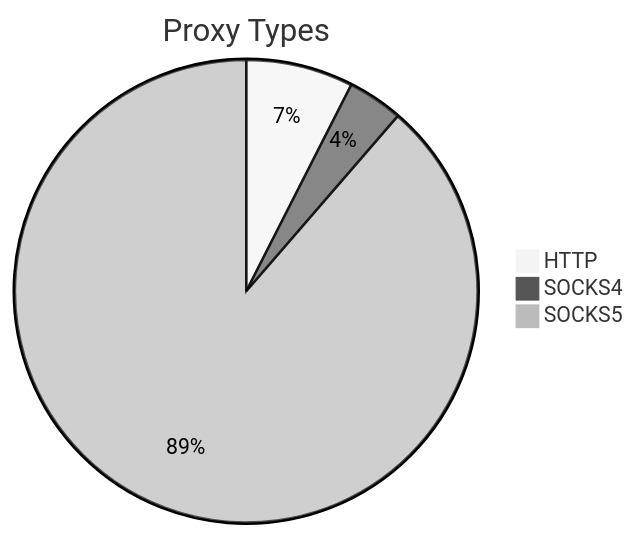
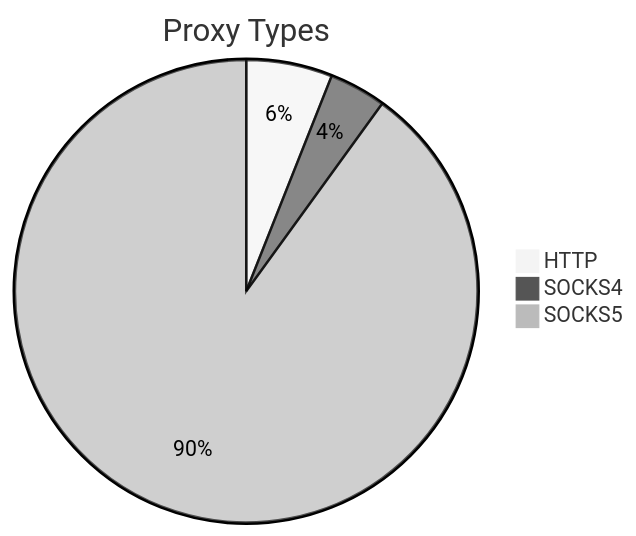
Before and after one commit to stormsia/proxy-list: the first of 2 diagrams in README.md, drawn with Mermaid (neutral theme). The commit also changed other lines of this file, not shown here.

````diff
--- a/README.md
+++ b/README.md
@@ -21,6 +21,6 @@
 ```mermaid
 pie title Proxy Types
-    "HTTP" : 101
-    "SOCKS4" : 52
-    "SOCKS5" : 1195
+    "HTTP" : 91
+    "SOCKS4" : 60
+    "SOCKS5" : 1362
 ```
````
